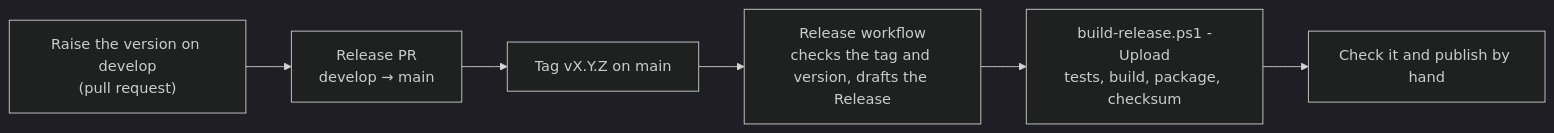
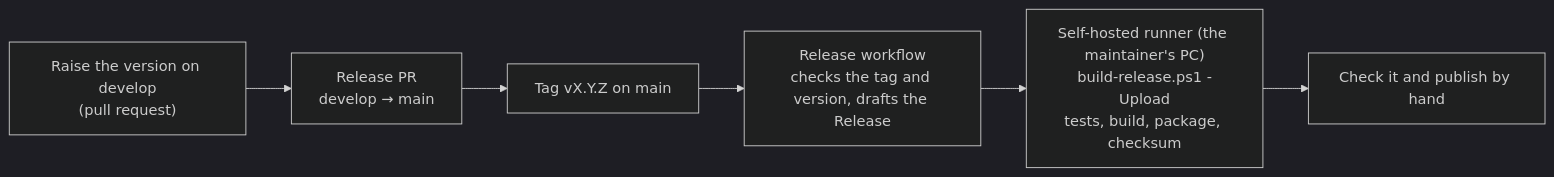
The second of 2 diagrams in docs/en/development/development-workflow.md (Yupopyoi/virtual-vessel-studio), drawn with Mermaid (dark theme) before and after one commit. The commit also changed other lines of this file and 1 other file, not shown here.

Commit message:
docs: describe the release runner, its setup, and its security

````diff
--- a/docs/en/development/development-workflow.md
+++ b/docs/en/development/development-workflow.md
@@ -1043,11 +1043,11 @@
 ```mermaid
 flowchart LR
     Bump["Raise the version on develop<br/>(pull request)"]
     PR["Release PR<br/>develop → main"]
     Tag["Tag vX.Y.Z on main"]
     WF["Release workflow<br/>checks the tag and version, drafts the Release"]
-    Local["build-release.ps1 -Upload<br/>tests, build, package, checksum"]
+    Local["Self-hosted runner (the maintainer's PC)<br/>build-release.ps1 -Upload<br/>tests, build, package, checksum"]
     Publish["Check it and publish by hand"]
 
     Bump --> PR --> Tag --> WF --> Local --> Publish
 ```
````
